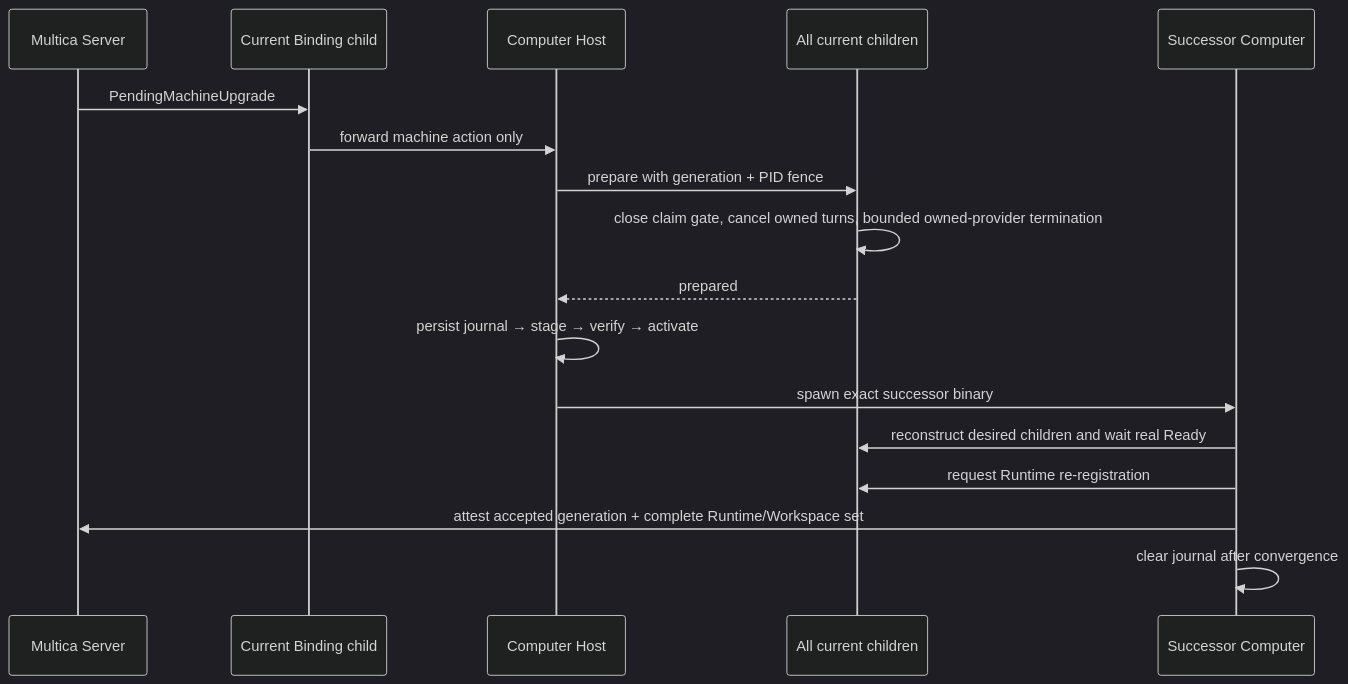
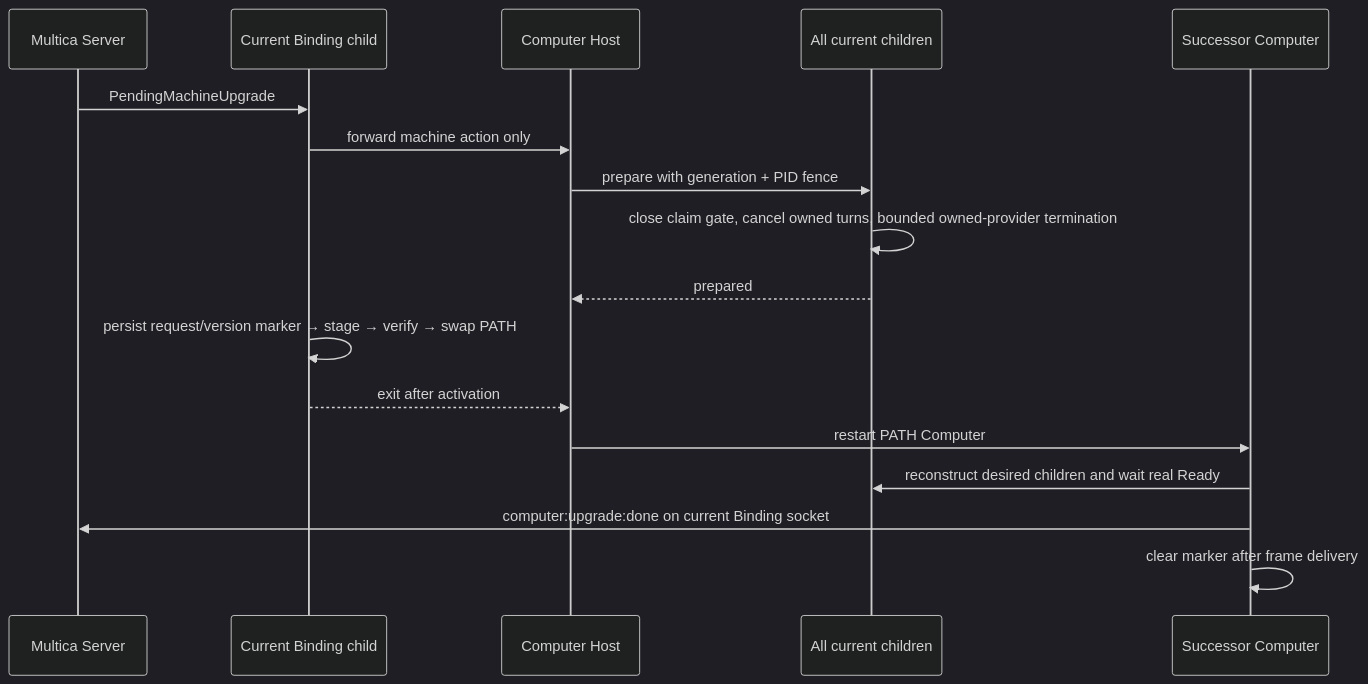
The fifth of 6 diagrams in docs/raft-v1.0.16-multica-architecture-comparison.md (LRM-Teams/multica), drawn with Mermaid (dark theme) before and after one commit. The commit also changed other lines of this file and 16 other files, not shown here.

First line of the commit message:
fix(computer): use Raft request identity end to end

````diff
--- a/docs/raft-v1.0.16-multica-architecture-comparison.md
+++ b/docs/raft-v1.0.16-multica-architecture-comparison.md
@@ -171,20 +171,20 @@
 ```mermaid
 sequenceDiagram
     participant API as Multica Server
     participant C as Current Binding child
     participant H as Computer Host
     participant B as All current children
     participant N as Successor Computer
 
     API->>C: PendingMachineUpgrade
     C->>H: forward machine action only
     H->>B: prepare with generation + PID fence
     B->>B: close claim gate, cancel owned turns, bounded owned-provider termination
     B-->>H: prepared
-    H->>H: persist journal → stage → verify → activate
-    H->>N: spawn exact successor binary
+    C->>C: persist request/version marker → stage → verify → swap PATH
+    C-->>H: exit after activation
+    H->>N: restart PATH Computer
     N->>B: reconstruct desired children and wait real Ready
-    N->>B: request Runtime re-registration
-    N->>API: attest accepted generation + complete Runtime/Workspace set
-    N->>N: clear journal after convergence
+    N->>API: computer:upgrade:done on current Binding socket
+    N->>N: clear marker after frame delivery
 ```
````
